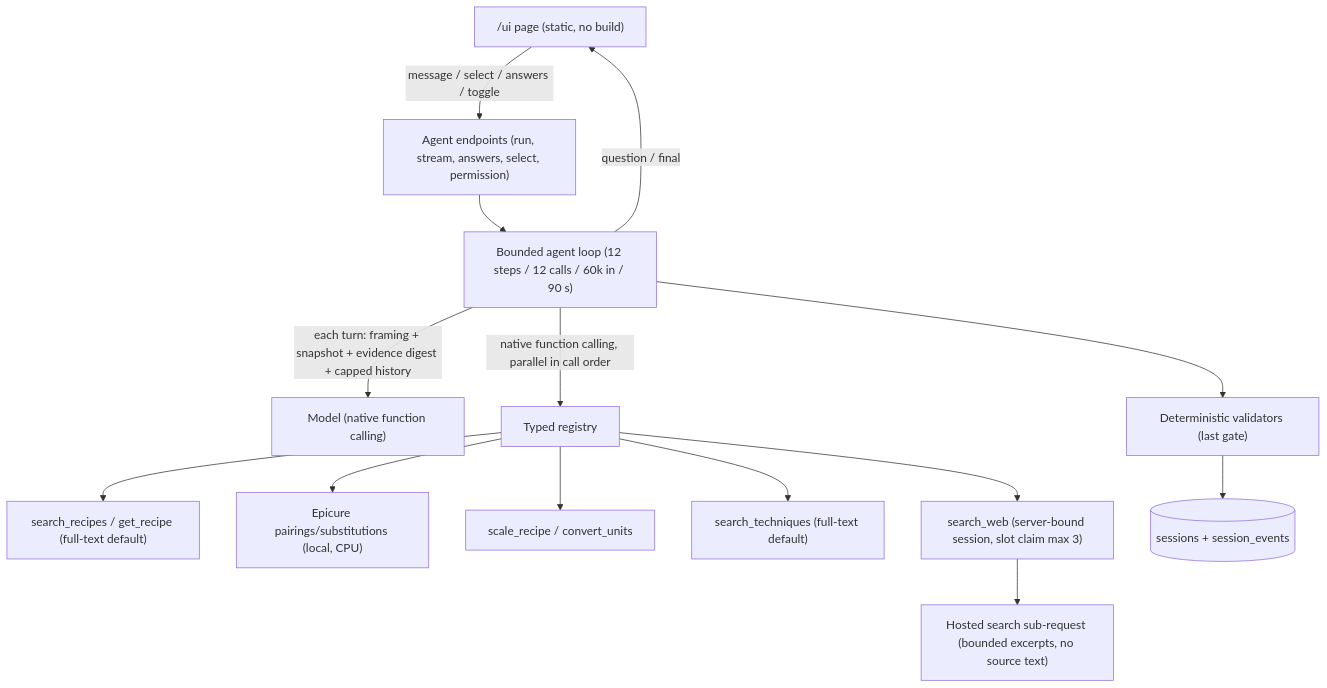
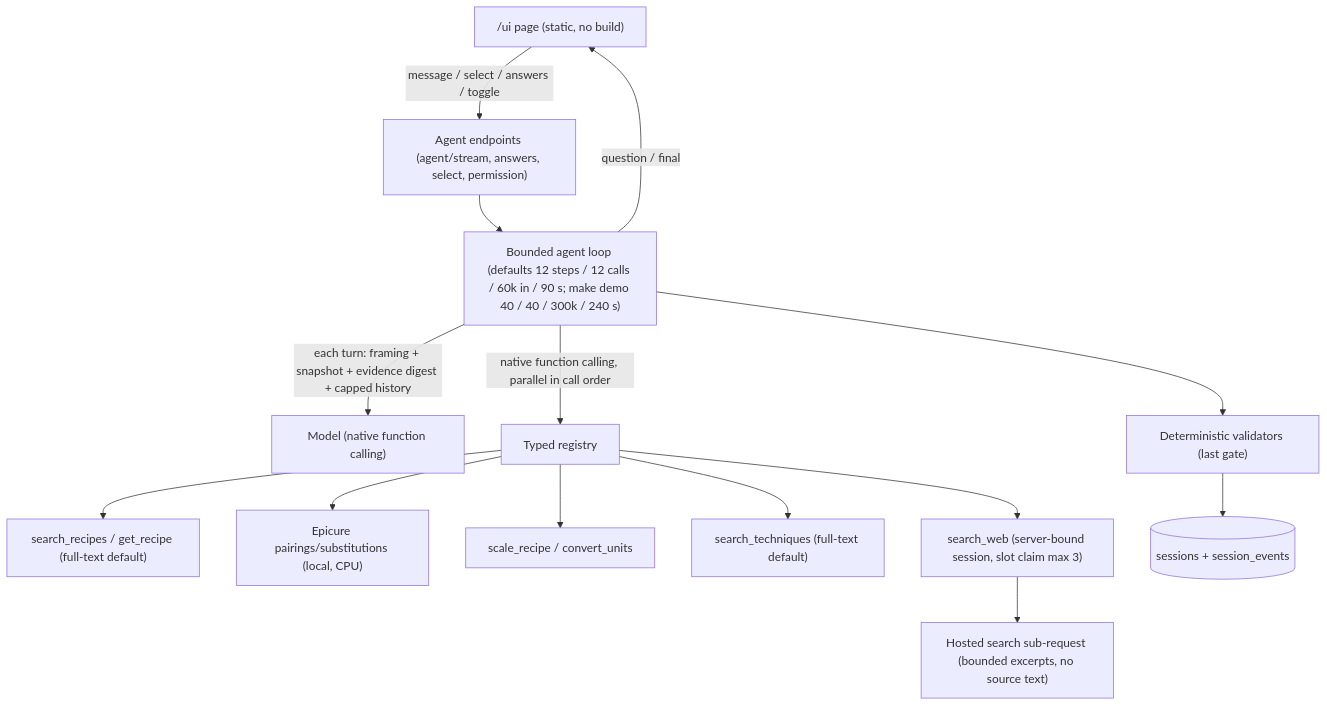
The eighth of 9 diagrams in docs/architecture/request-flows.md (fssonca/culinary-copilot), drawn with Mermaid before and after one commit. The commit also changed other lines of this file and 6 other files, not shown here.

````diff
--- a/docs/architecture/request-flows.md
+++ b/docs/architecture/request-flows.md
@@ -336,16 +343,16 @@
 ```mermaid
 flowchart TD
-    UI["/ui page (static, no build)"] -->|message / select / answers / toggle| AgentAPI["Agent endpoints (run, stream, answers, select, permission)"]
-    AgentAPI --> Loop["Bounded agent loop (12 steps / 12 calls / 60k in / 90 s)"]
+    UI["/ui page (static, no build)"] -->|message / select / answers / toggle| AgentAPI["Agent endpoints (agent/stream, answers, select, permission)"]
+    AgentAPI --> Loop["Bounded agent loop (defaults 12 steps / 12 calls / 60k in / 90 s; make demo 40 / 40 / 300k / 240 s)"]
     Loop -->|"each turn: framing + snapshot + evidence digest + capped history"| Model["Model (native function calling)"]
     Loop -->|"native function calling, parallel in call order"| Tools["Typed registry"]
     Tools --> Recipes["search_recipes / get_recipe (full-text default)"]
     Tools --> Epicure["Epicure pairings/substitutions (local, CPU)"]
     Tools --> Measure["scale_recipe / convert_units"]
     Tools --> Tech["search_techniques (full-text default)"]
     Tools --> Web["search_web (server-bound session, slot claim max 3)"]
     Web --> Hosted["Hosted search sub-request (bounded excerpts, no source text)"]
     Loop --> Validate["Deterministic validators (last gate)"]
     Validate --> Events[("sessions + session_events")]
     Loop -->|question / final| UI
 ```
````
